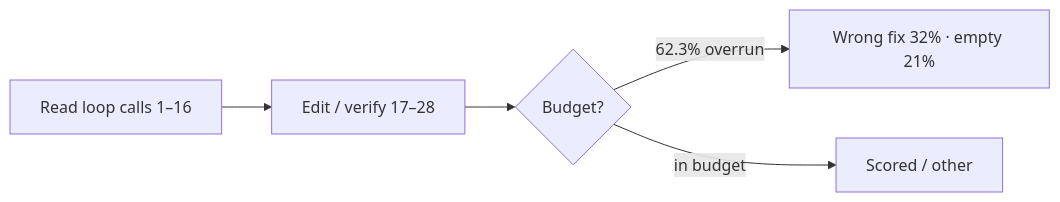
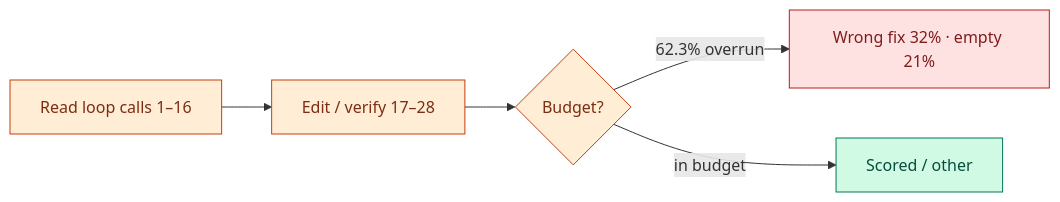
Before and after one commit to khaosans/noisegate-gemma4-factory: the sixth of 7 diagrams in docs/wiki/Architecture.md, drawn with Mermaid. The commit also changed other lines of this file and 7 other files, not shown here.

First line of the commit message:
release: v1.0.0-beta.1 + Mermaid color legends

````diff
--- a/docs/wiki/Architecture.md
+++ b/docs/wiki/Architecture.md
@@ -130,7 +181,14 @@
 ```mermaid
 flowchart LR
   Read[Read loop calls 1–16] --> Edit[Edit / verify 17–28]
   Edit --> Out{Budget?}
   Out -->|62.3% overrun| Fail[Wrong fix 32% · empty 21%]
   Out -->|in budget| Ok[Scored / other]
+
+  classDef product fill:#FFEDD5,stroke:#C2410C,color:#7C2D12
+  classDef fail fill:#FEE2E2,stroke:#B91C1C,color:#7F1D1D
+  classDef ok fill:#D1FAE5,stroke:#047857,color:#064E3B
+  class Read,Edit,Out product
+  class Fail fail
+  class Ok ok
 ```
````
